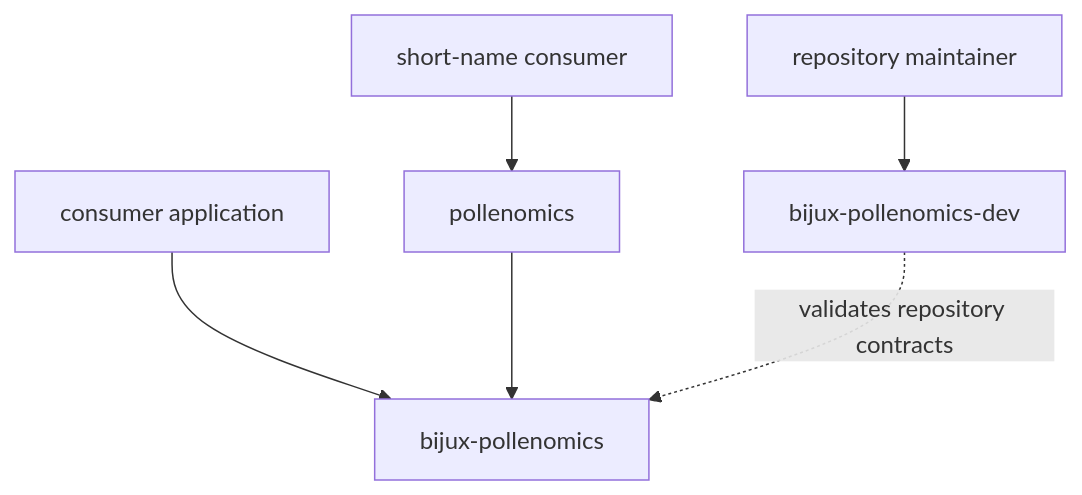
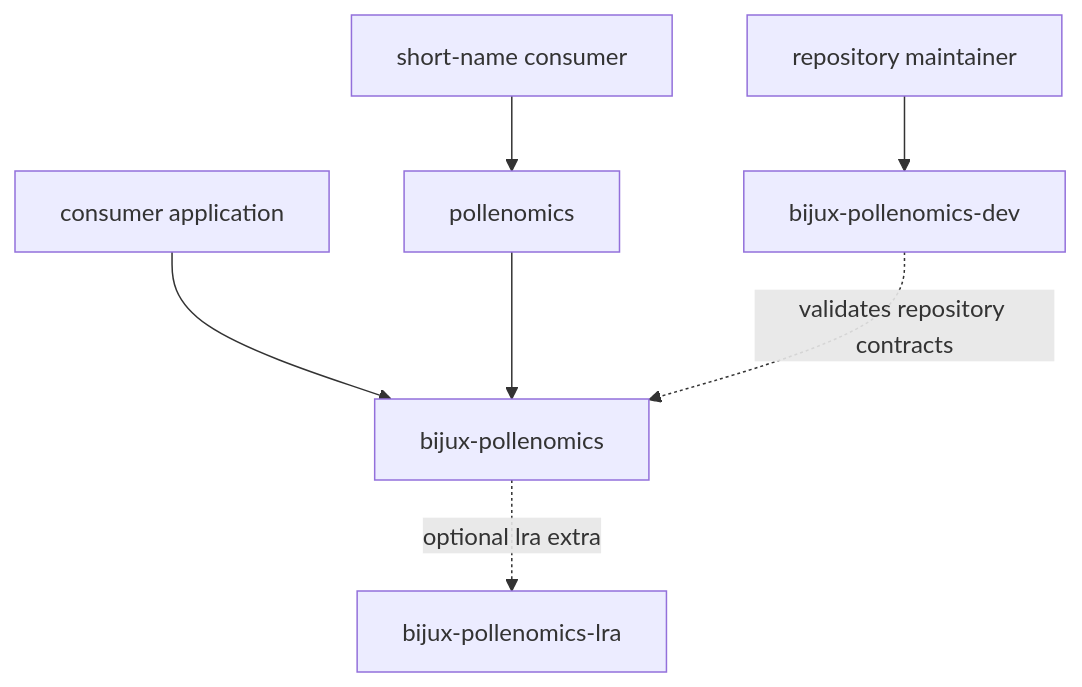
One commit to bijux/bijux-pollenomics changed the second of 2 diagrams in docs/public/pollenomics/architecture/package-split.md. Above: the diagram before and after it, drawn with Mermaid. The commit also changed other lines of this file and 104 other files, not shown here.

````diff
--- a/docs/public/pollenomics/architecture/package-split.md
+++ b/docs/public/pollenomics/architecture/package-split.md
@@ -91,8 +97,9 @@
 ```mermaid
 flowchart TB
     App["consumer application"] --> Runtime["bijux-pollenomics"]
     AliasConsumer["short-name consumer"] --> Alias["pollenomics"]
     Alias --> Runtime
+    Runtime -. "optional lra extra" .-> LRA["bijux-pollenomics-lra"]
     Maintainer["repository maintainer"] --> Dev["bijux-pollenomics-dev"]
     Dev -. "validates repository contracts" .-> Runtime
 ```
````
